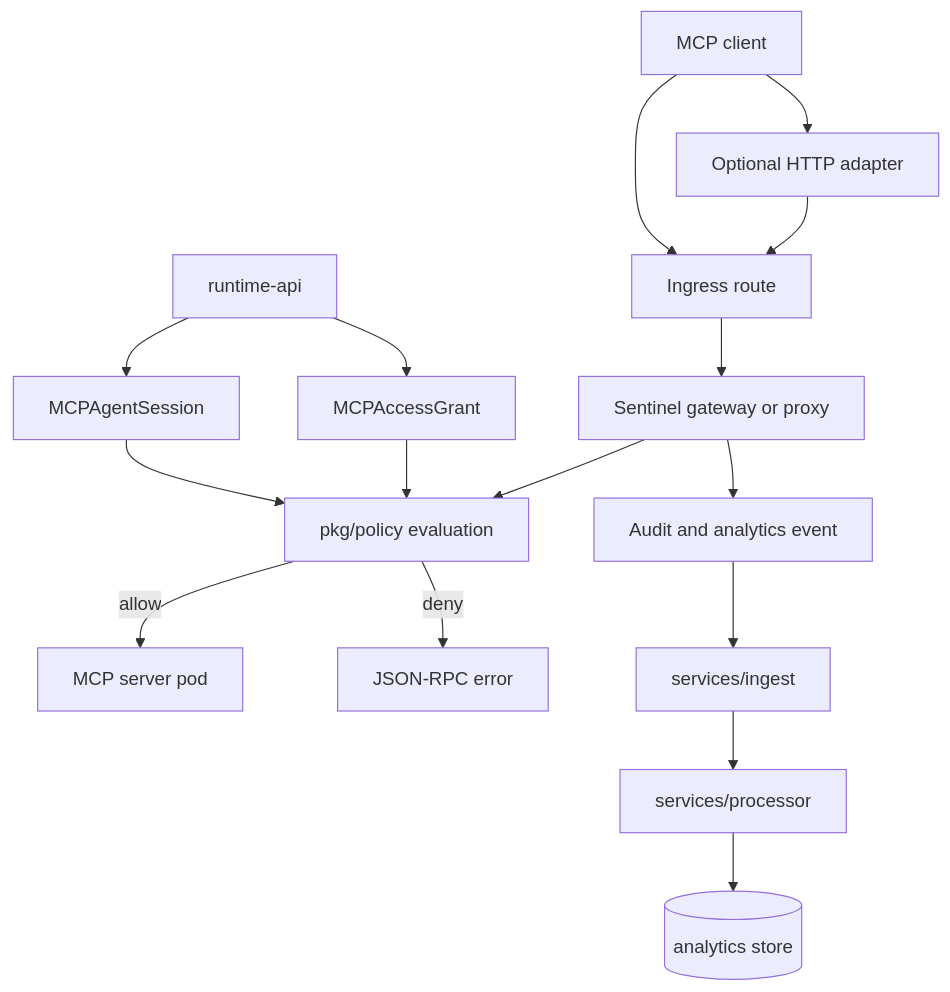
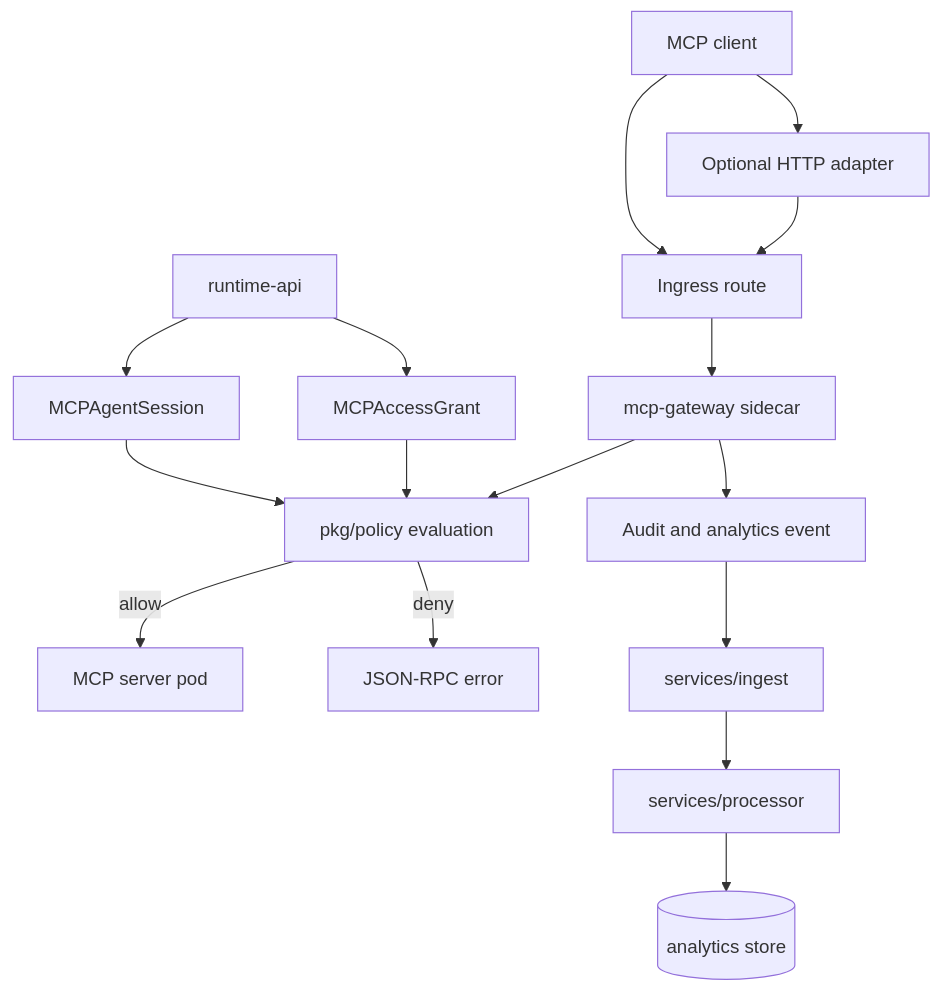
One commit to mcp-runtime/mcp-runtime changed the third of 4 diagrams in docs/internals/README.md. Above: the diagram before and after it, drawn with Mermaid. The commit also changed other lines of this file and 237 other files, not shown here.

````diff
--- a/docs/internals/README.md
+++ b/docs/internals/README.md
@@ -95,18 +95,18 @@
 ```mermaid
 flowchart TD
     Client[MCP client] --> Adapter[Optional HTTP adapter]
     Adapter --> Route[Ingress route]
     Client --> Route
-    Route --> Gateway[Sentinel gateway or proxy]
+    Route --> Gateway[mcp-gateway sidecar]
     Gateway --> Authz[pkg/policy evaluation]
     Authz -->|allow| Server[MCP server pod]
     Authz -->|deny| Deny[JSON-RPC error]
     Gateway --> Events[Audit and analytics event]
     Events --> Ingest[services/ingest]
     Ingest --> Processor[services/processor]
     Processor --> Analytics[(analytics store)]
     RuntimeAPI[runtime-api] --> Grants[MCPAccessGrant]
     RuntimeAPI --> Sessions[MCPAgentSession]
     Grants --> Authz
     Sessions --> Authz
 ```
````
